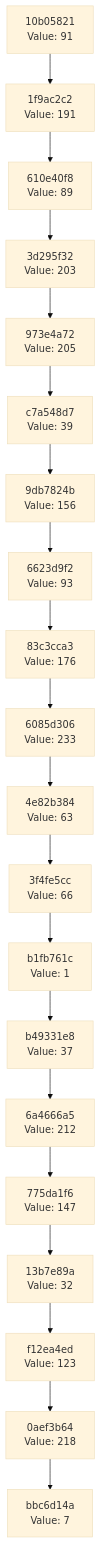
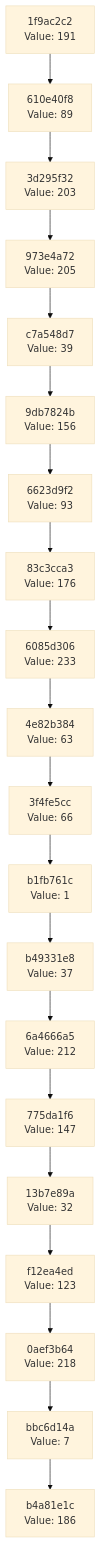
One commit to Abhisheksinha1506/hash-chain-evolver changed the diagram in docs/CHAIN_VISUALIZATION.md. Above: the diagram before and after it, drawn with Mermaid (base theme). The commit also changed 3 other files, not shown here.

````diff
--- a/docs/CHAIN_VISUALIZATION.md
+++ b/docs/CHAIN_VISUALIZATION.md
@@ -3,42 +3,42 @@
 ```mermaid
 graph TD
-    C0["bbc6d14a<br/>Value: 7"]
-    C1["0aef3b64<br/>Value: 218"]
+    C0["b4a81e1c<br/>Value: 186"]
+    C1["bbc6d14a<br/>Value: 7"]
     C1 --> C0
-    C2["f12ea4ed<br/>Value: 123"]
+    C2["0aef3b64<br/>Value: 218"]
     C2 --> C1
-    C3["13b7e89a<br/>Value: 32"]
+    C3["f12ea4ed<br/>Value: 123"]
     C3 --> C2
-    C4["775da1f6<br/>Value: 147"]
+    C4["13b7e89a<br/>Value: 32"]
     C4 --> C3
-    C5["6a4666a5<br/>Value: 212"]
+    C5["775da1f6<br/>Value: 147"]
     C5 --> C4
-    C6["b49331e8<br/>Value: 37"]
+    C6["6a4666a5<br/>Value: 212"]
     C6 --> C5
-    C7["b1fb761c<br/>Value: 1"]
+    C7["b49331e8<br/>Value: 37"]
     C7 --> C6
-    C8["3f4fe5cc<br/>Value: 66"]
+    C8["b1fb761c<br/>Value: 1"]
     C8 --> C7
-    C9["4e82b384<br/>Value: 63"]
+    C9["3f4fe5cc<br/>Value: 66"]
     C9 --> C8
-    C10["6085d306<br/>Value: 233"]
+    C10["4e82b384<br/>Value: 63"]
     C10 --> C9
-    C11["83c3cca3<br/>Value: 176"]
+    C11["6085d306<br/>Value: 233"]
     C11 --> C10
-    C12["6623d9f2<br/>Value: 93"]
+    C12["83c3cca3<br/>Value: 176"]
     C12 --> C11
-    C13["9db7824b<br/>Value: 156"]
+    C13["6623d9f2<br/>Value: 93"]
     C13 --> C12
-    C14["c7a548d7<br/>Value: 39"]
+    C14["9db7824b<br/>Value: 156"]
     C14 --> C13
-    C15["973e4a72<br/>Value: 205"]
+    C15["c7a548d7<br/>Value: 39"]
     C15 --> C14
-    C16["3d295f32<br/>Value: 203"]
+    C16["973e4a72<br/>Value: 205"]
     C16 --> C15
-    C17["610e40f8<br/>Value: 89"]
+    C17["3d295f32<br/>Value: 203"]
     C17 --> C16
-    C18["1f9ac2c2<br/>Value: 191"]
+    C18["610e40f8<br/>Value: 89"]
     C18 --> C17
-    C19["10b05821<br/>Value: 91"]
+    C19["1f9ac2c2<br/>Value: 191"]
     C19 --> C18
 ```
````
